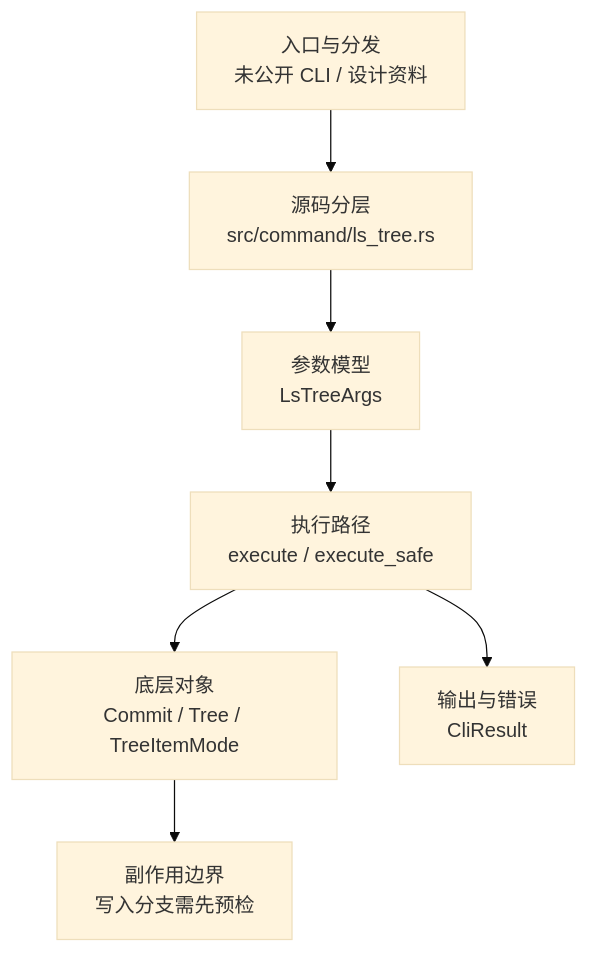
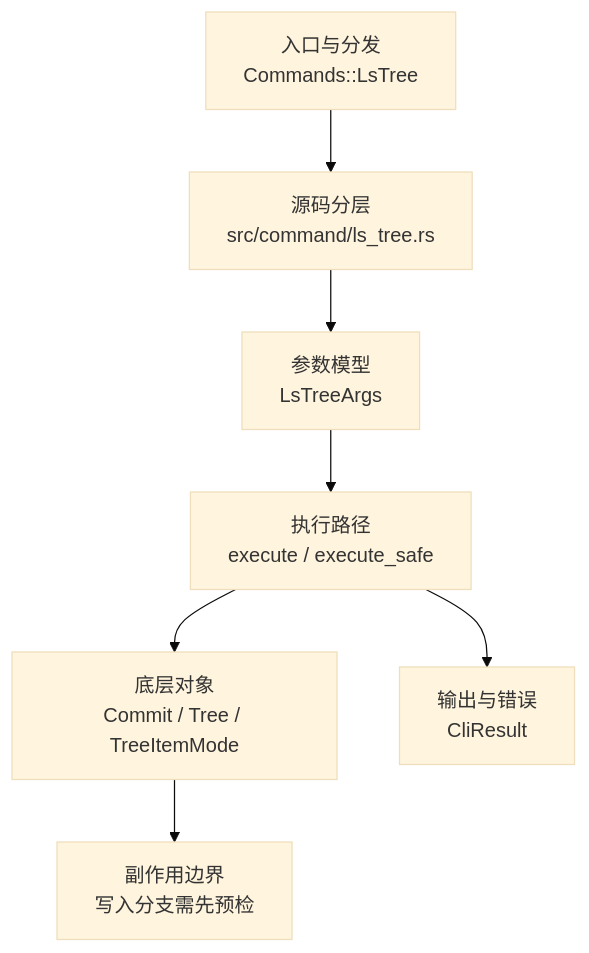
Before and after one commit to web3infra-foundation/libra: the diagram in docs/development/commands/ls-tree.md, drawn with Mermaid (base theme). The commit also changed other lines of this file and 15 other files, not shown here.

Commit message:
feat(ls-tree): expose tree inspection command

````diff
--- a/docs/development/commands/ls-tree.md
+++ b/docs/development/commands/ls-tree.md
@@ -22,9 +20,9 @@
 ```mermaid
 flowchart TD
-    A["入口与分发<br/>未公开 CLI / 设计资料"] --> B["源码分层<br/>src/command/ls_tree.rs"]
+    A["入口与分发<br/>Commands::LsTree"] --> B["源码分层<br/>src/command/ls_tree.rs"]
     B --> C["参数模型<br/>LsTreeArgs"]
     C --> D["执行路径<br/>execute / execute_safe"]
     D --> E["底层对象<br/>Commit / Tree / TreeItemMode"]
     D --> F["输出与错误<br/>CliResult"]
     E --> G["副作用边界<br/>写入分支需先预检"]
 ```
````
